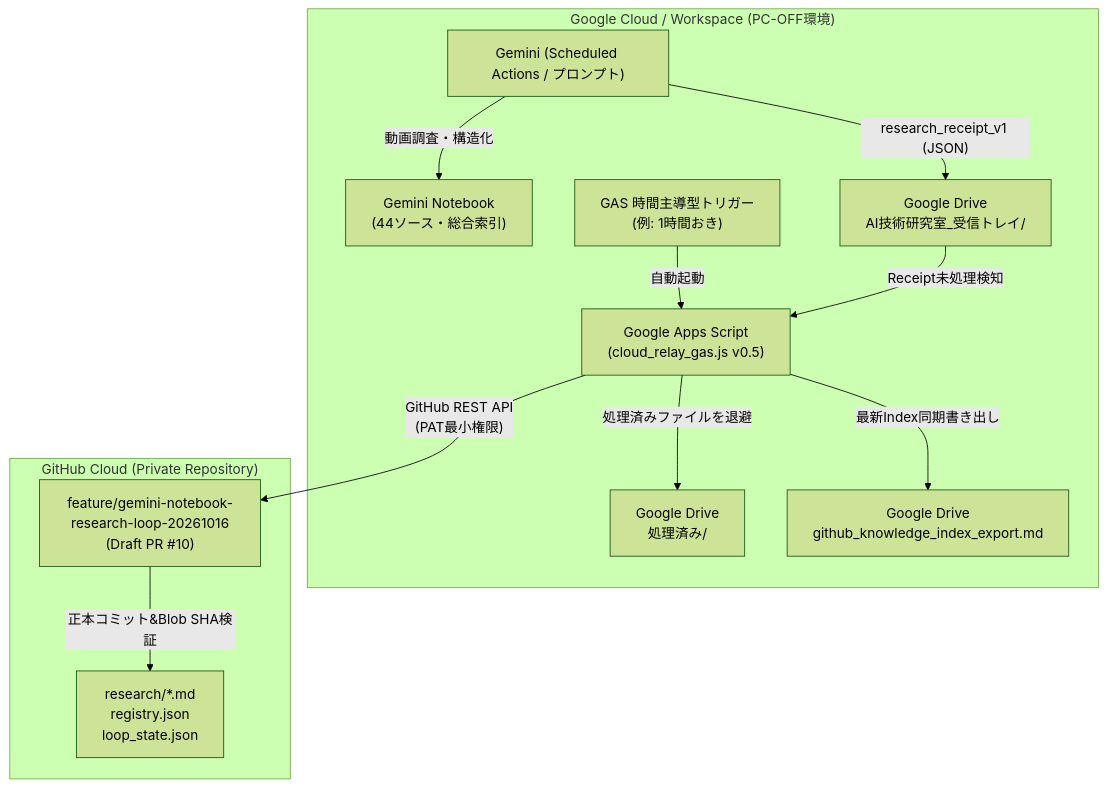
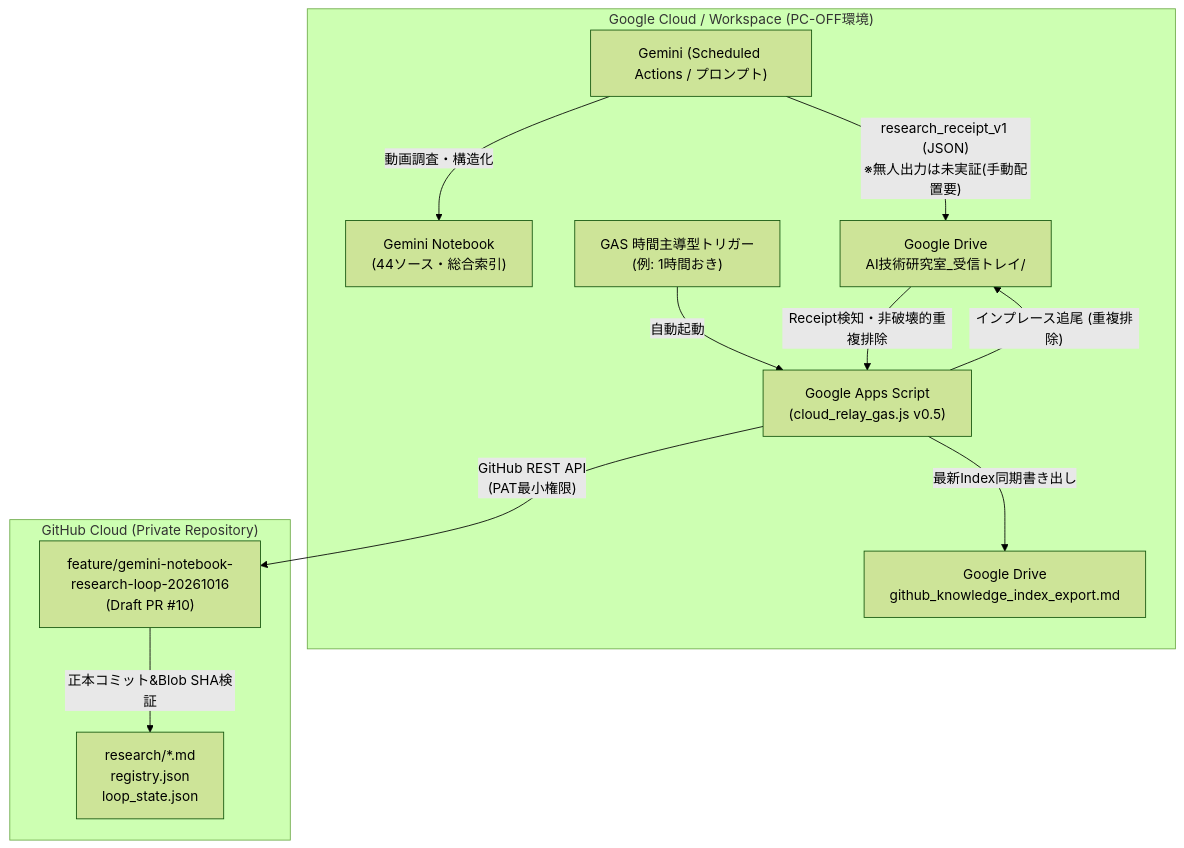
The diagram in automation/gemini-notebook/PC_OFF_OPERATIONS.md (kamiyusense/ai-video-research), drawn with Mermaid (forest theme) before and after one commit. The commit also changed other lines of this file and 10 other files, not shown here.

````diff
--- a/automation/gemini-notebook/PC_OFF_OPERATIONS.md
+++ b/automation/gemini-notebook/PC_OFF_OPERATIONS.md
@@ -13,17 +13,17 @@
 ```mermaid
 flowchart TD
     subgraph Google_Cloud["Google Cloud / Workspace (PC-OFF環境)"]
         G1["Gemini (Scheduled Actions / プロンプト)"] -->|"動画調査・構造化"| G2["Gemini Notebook\n(44ソース・総合索引)"]
-        G1 -->|"research_receipt_v1 (JSON)"| D1["Google Drive\nAI技術研究室_受信トレイ/"]
+        G1 -->|"research_receipt_v1 (JSON)\n※無人出力は未実証(手動配置要)"| D1["Google Drive\nAI技術研究室_受信トレイ/"]
         
         T1["GAS 時間主導型トリガー\n(例: 1時間おき)"] -->|"自動起動"| GAS["Google Apps Script\n(cloud_relay_gas.js v0.5)"]
-        D1 -->|"Receipt未処理検知"| GAS
-        GAS -->|"処理済みファイルを退避"| D2["Google Drive\n処理済み/"]
+        D1 -->|"Receipt検知・非破壊的重複排除"| GAS
+        GAS -->|"インプレース追尾 (重複排除)"| D1
         GAS -->|"最新Index同期書き出し"| D3["Google Drive\ngithub_knowledge_index_export.md"]
     end
 
     subgraph GitHub_Cloud["GitHub Cloud (Private Repository)"]
         GAS -->|"GitHub REST API\n(PAT最小権限)"| GH1["feature/gemini-notebook-research-loop-20261016\n(Draft PR #10)"]
         GH1 -->|"正本コミット&Blob SHA検証"| GH2["research/*.md\nregistry.json\nloop_state.json"]
     end
 ```
````
